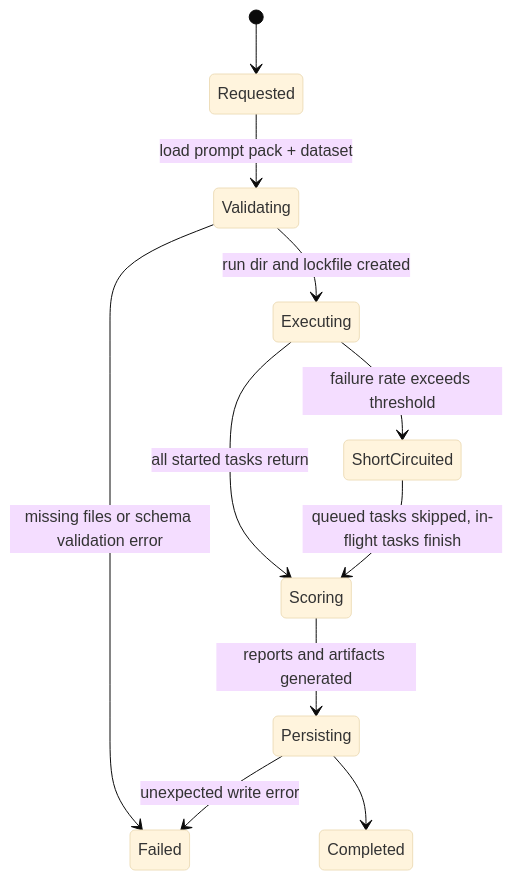
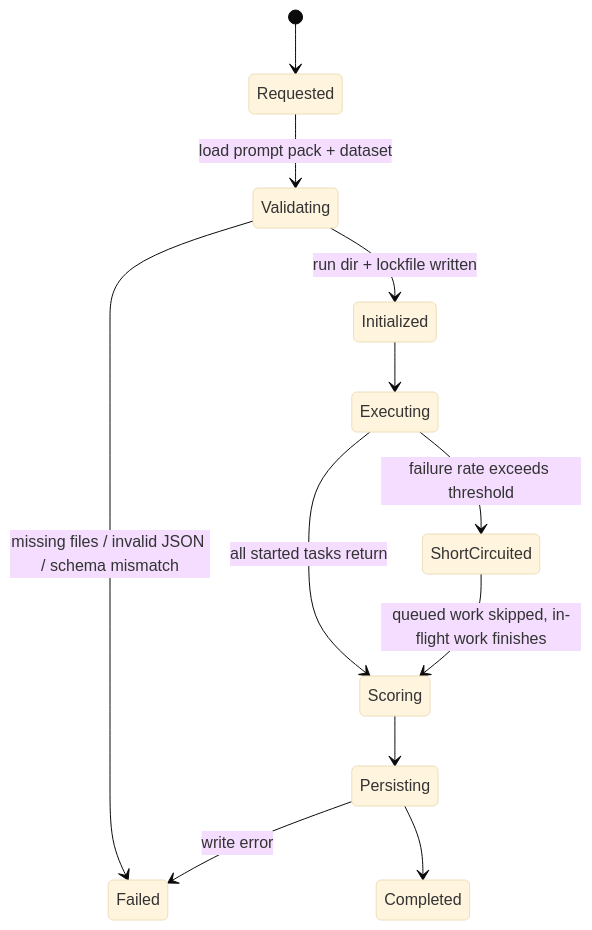
The fourth of 4 diagrams in docs/runtime-and-pipeline.md (MikesHorcrux/PromptForge), drawn with Mermaid (base theme) before and after one commit. The commit also changed other lines of this file and 18 other files, not shown here.

````diff
--- a/docs/runtime-and-pipeline.md
+++ b/docs/runtime-and-pipeline.md
@@ -103,13 +120,14 @@
 ```mermaid
 stateDiagram-v2
   [*] --> Requested
   Requested --> Validating : load prompt pack + dataset
-  Validating --> Failed : missing files or schema validation error
-  Validating --> Executing : run dir and lockfile created
+  Validating --> Failed : missing files / invalid JSON / schema mismatch
+  Validating --> Initialized : run dir + lockfile written
+  Initialized --> Executing
   Executing --> ShortCircuited : failure rate exceeds threshold
   Executing --> Scoring : all started tasks return
-  ShortCircuited --> Scoring : queued tasks skipped, in-flight tasks finish
-  Scoring --> Persisting : reports and artifacts generated
+  ShortCircuited --> Scoring : queued work skipped, in-flight work finishes
+  Scoring --> Persisting
   Persisting --> Completed
-  Persisting --> Failed : unexpected write error
+  Persisting --> Failed : write error
 ```
````
